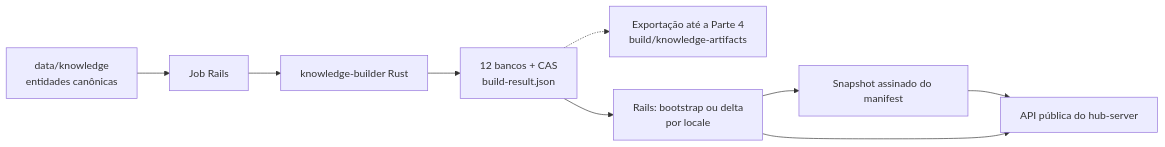
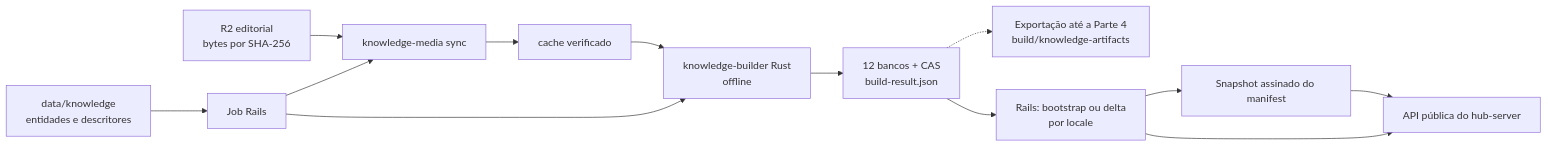
One commit to migmoroni/veterinary-clinic changed the first of 2 diagrams in docs/plans/hub-server/03-public-knowledge-publication.md. Above: the diagram before and after it, drawn with Mermaid. The commit also changed other lines of this file and 5 other files, not shown here.

Commit message:
doc: knowledge and media

````diff
--- a/docs/plans/hub-server/03-public-knowledge-publication.md
+++ b/docs/plans/hub-server/03-public-knowledge-publication.md
@@ -15,11 +15,15 @@
 ```mermaid
 flowchart LR
-    SOURCE["data/knowledge<br/>entidades canônicas"] --> JOB["Job Rails"]
-    JOB --> BUILDER["knowledge-builder Rust"]
+    SOURCE["data/knowledge<br/>entidades e descritores"] --> JOB["Job Rails"]
+    R2SOURCE["R2 editorial<br/>bytes por SHA-256"] --> SYNC["knowledge-media sync"]
+    JOB --> SYNC
+    SYNC --> CACHE["cache verificado"]
+    CACHE --> BUILDER["knowledge-builder Rust<br/>offline"]
+    JOB --> BUILDER
     BUILDER --> CANDIDATE["12 bancos + CAS<br/>build-result.json"]
     CANDIDATE -.-> WORKSPACE["Exportação até a Parte 4<br/>build/knowledge-artifacts"]
     CANDIDATE --> RELEASE["Rails: bootstrap ou delta<br/>por locale"]
     RELEASE --> MANIFEST["Snapshot assinado do manifest"]
     MANIFEST --> API["API pública do hub-server"]
     RELEASE --> API
 ```
````
